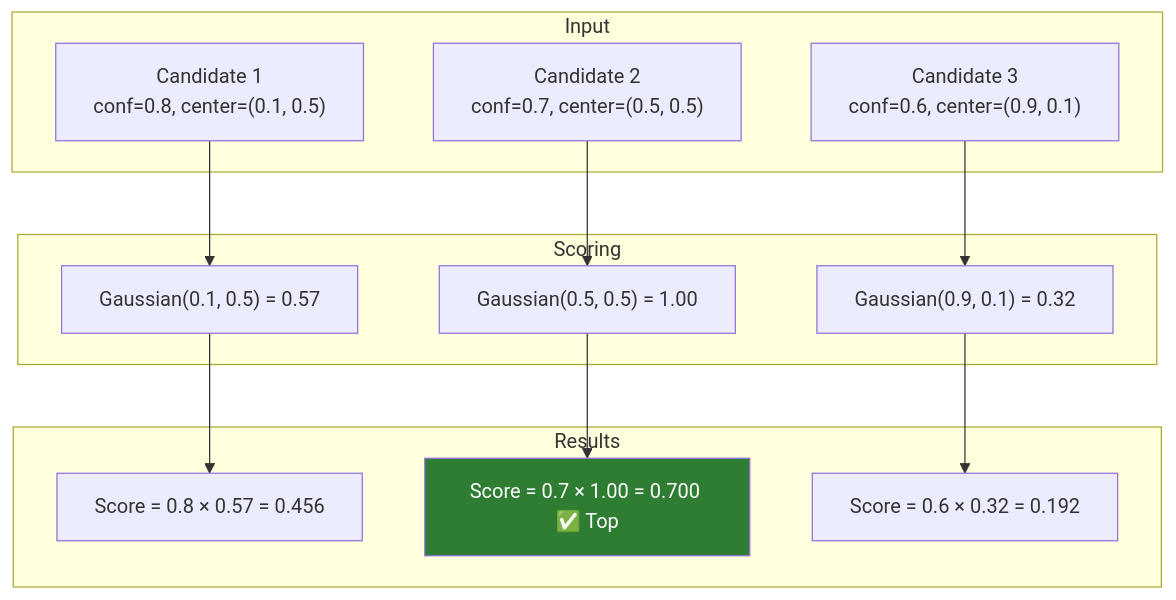
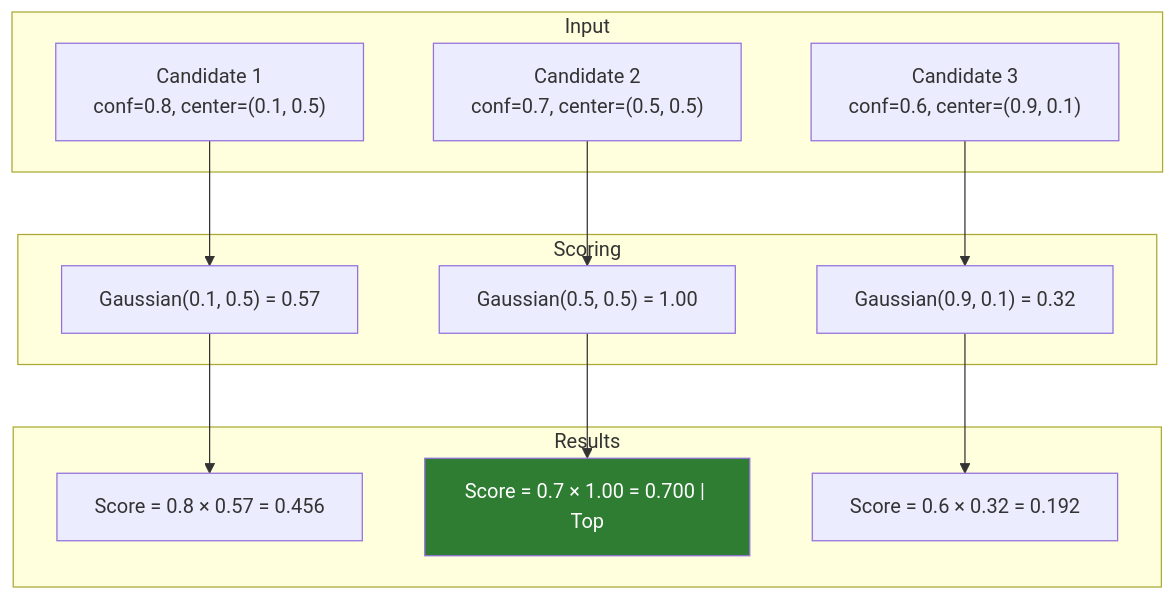
Before and after one commit to ZiadMD/ScreenSeekeR-Desktop-Automation: the fifth of 19 diagrams in doc/methodology.md, drawn with Mermaid. The commit also changed other lines of this file and 3 other files, not shown here.

````diff
--- a/doc/methodology.md
+++ b/doc/methodology.md
@@ -244,26 +244,26 @@
 ```mermaid
 graph TD
     subgraph Input
         C1["Candidate 1<br/>conf=0.8, center=(0.1, 0.5)"]
         C2["Candidate 2<br/>conf=0.7, center=(0.5, 0.5)"]
         C3["Candidate 3<br/>conf=0.6, center=(0.9, 0.1)"]
     end
 
     subgraph Scoring
         G1["Gaussian(0.1, 0.5) = 0.57"]
         G2["Gaussian(0.5, 0.5) = 1.00"]
         G3["Gaussian(0.9, 0.1) = 0.32"]
     end
 
     subgraph Results
         S1["Score = 0.8 × 0.57 = 0.456"]
-        S2["Score = 0.7 × 1.00 = 0.700 ✅ Top"]
+        S2["Score = 0.7 × 1.00 = 0.700 | Top"]
         S3["Score = 0.6 × 0.32 = 0.192"]
     end
 
     C1 --> G1 --> S1
     C2 --> G2 --> S2
     C3 --> G3 --> S3
 
     style S2 fill:#2e7d32,color:#fff
 ```
````
